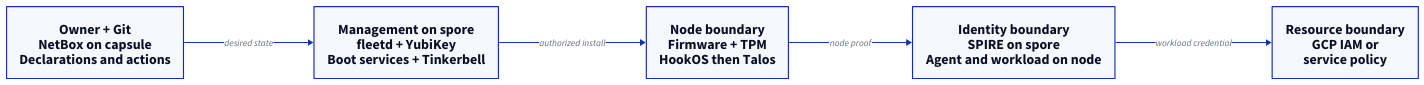
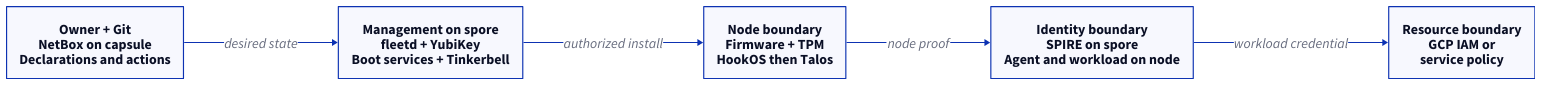
One commit to jonpulsifer/infra changed the diagram in docs/assets/folly-design-components.d2. Above: the diagram before and after it, drawn with D2. The commit also changed 7 other files, not shown here.

Commit message:
docs: increase diagram label size for print

```diff
--- a/docs/assets/folly-design-components.d2
+++ b/docs/assets/folly-design-components.d2
@@ -1,12 +1,12 @@
 vars: {d2-config: {layout-engine: elk; theme-id: 0; pad: 24}}
 direction: right
 facts: "Owner + Git\nNetBox on capsule\nDeclarations and actions"
 control: "Management on spore\nfleetd + YubiKey\nBoot services + Tinkerbell"
 node: "Node boundary\nFirmware + TPM\nHookOS then Talos"
 identity: "Identity boundary\nSPIRE on spore\nAgent and workload on node"
 resource: "Resource boundary\nGCP IAM or\nservice policy"
-facts -> control: desired state
-control -> node: authorized install
-node -> identity: node proof
-identity -> resource: workload credential
+facts -> control: desired state {style.font-size: 24}
+control -> node: authorized install {style.font-size: 24}
+node -> identity: node proof {style.font-size: 24}
+identity -> resource: workload credential {style.font-size: 24}
 **.style.font-size: 24
```
